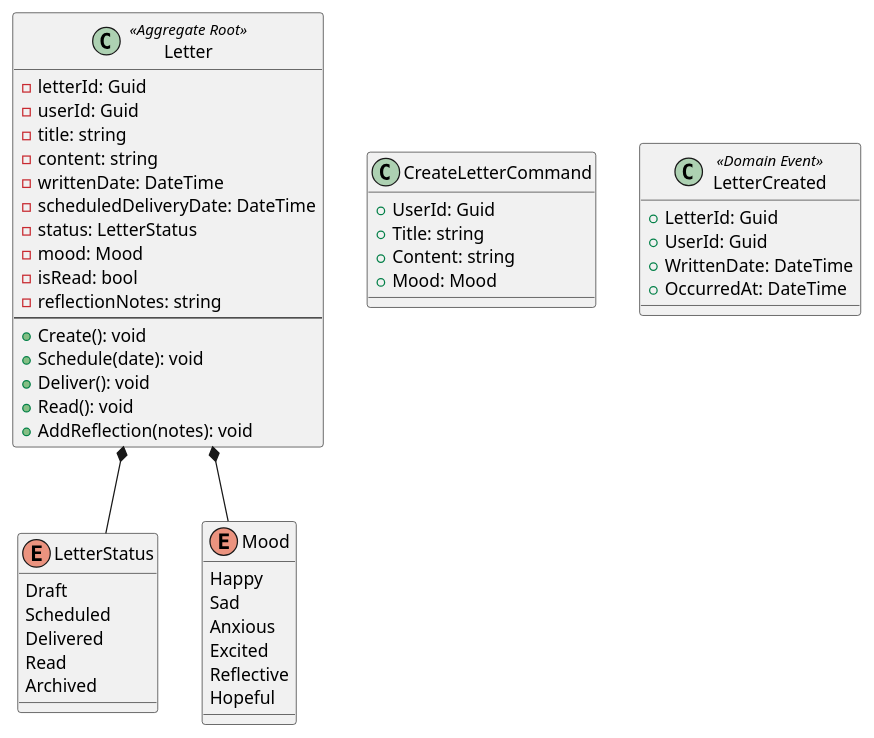
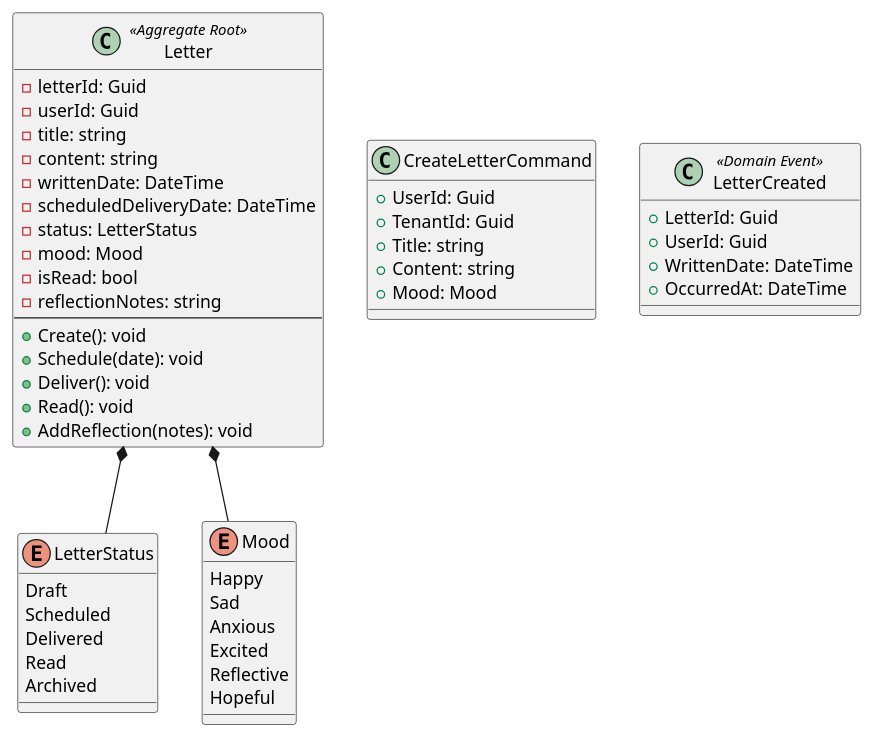
The diagram in LetterToFutureSelf/docs/specs/diagrams/letter-management-class-diagram.puml (QuinntyneBrown/Apps), drawn with PlantUML before and after one commit. The commit also changed 474 other files, not shown here.

```diff
--- a/LetterToFutureSelf/docs/specs/diagrams/letter-management-class-diagram.puml
+++ b/LetterToFutureSelf/docs/specs/diagrams/letter-management-class-diagram.puml
@@ -1,56 +1,57 @@
 @startuml Letter Management
 
 class Letter <<Aggregate Root>> {
   - letterId: Guid
   - userId: Guid
   - title: string
   - content: string
   - writtenDate: DateTime
   - scheduledDeliveryDate: DateTime
   - status: LetterStatus
   - mood: Mood
   - isRead: bool
   - reflectionNotes: string
   --
   + Create(): void
   + Schedule(date): void
   + Deliver(): void
   + Read(): void
   + AddReflection(notes): void
 }
 
 enum LetterStatus {
   Draft
   Scheduled
   Delivered
   Read
   Archived
 }
 
 enum Mood {
   Happy
   Sad
   Anxious
   Excited
   Reflective
   Hopeful
 }
 
 class CreateLetterCommand {
   + UserId: Guid
+  + TenantId: Guid
   + Title: string
   + Content: string
   + Mood: Mood
 }
 
 class LetterCreated <<Domain Event>> {
   + LetterId: Guid
   + UserId: Guid
   + WrittenDate: DateTime
   + OccurredAt: DateTime
 }
 
 Letter *-- LetterStatus
 Letter *-- Mood
 
 @enduml
```
